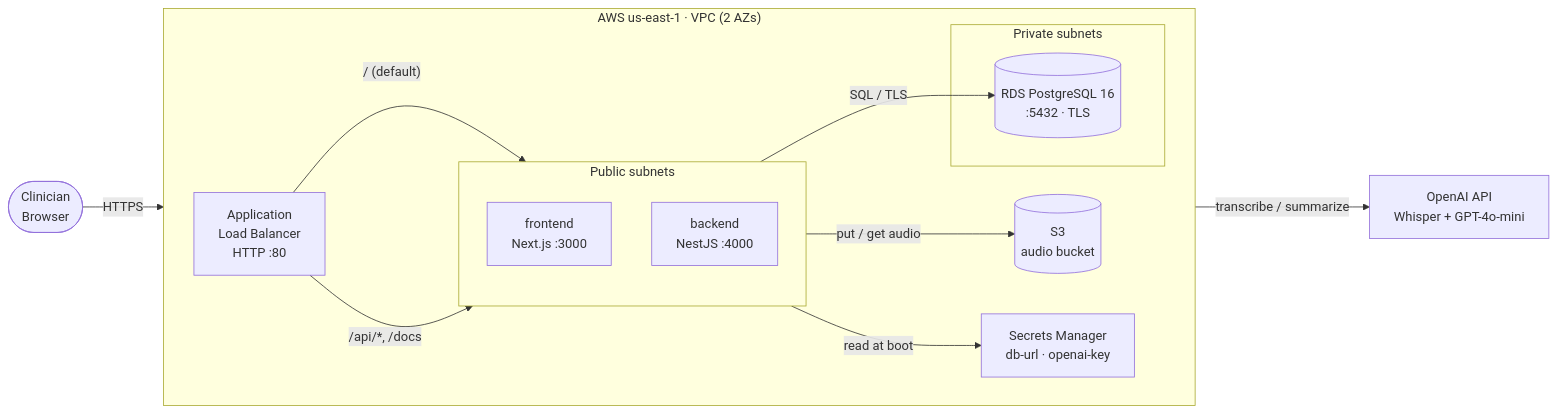
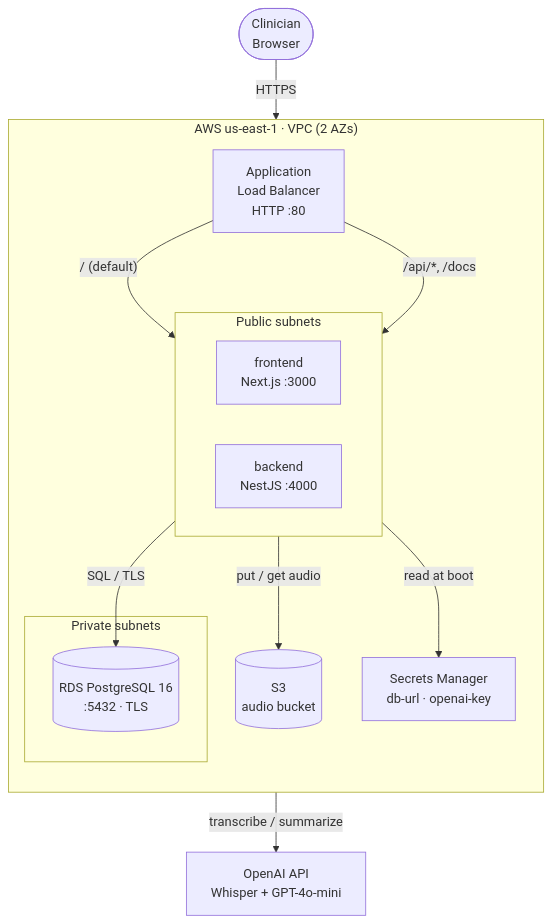
The first of 6 diagrams in docs/architecture.md (EmmanuelPerezP/scrai), drawn with Mermaid before and after one commit. The commit also changed other lines of this file, not shown here.

Commit message:
docs: make architecture charts top-down
Flip the runtime and operations diagrams from LR to top-down
(flowchart TB) per preference; verified clean (no overlapping labels)
by rendering to PNG. Kept Mermaid for native GitHub rendering.

````diff
--- a/docs/architecture.md
+++ b/docs/architecture.md
@@ -28,32 +28,32 @@
 ```mermaid
-flowchart LR
+flowchart TB
     user([Clinician<br/>Browser])
 
     subgraph aws["AWS us-east-1 · VPC (2 AZs)"]
-        direction LR
+        direction TB
         alb["Application<br/>Load Balancer<br/>HTTP :80"]
 
         subgraph public["Public subnets"]
-            direction TB
+            direction LR
             fe["frontend<br/>Next.js :3000"]
             be["backend<br/>NestJS :4000"]
         end
 
         subgraph private["Private subnets"]
             rds[("RDS PostgreSQL 16<br/>:5432 · TLS")]
         end
 
         s3[("S3<br/>audio bucket")]
         secrets["Secrets Manager<br/>db-url · openai-key"]
     end
 
     openai["OpenAI API<br/>Whisper + GPT-4o-mini"]
 
     user -->|HTTPS| alb
     alb -->|"/ (default)"| fe
     alb -->|"/api/*, /docs"| be
     be -->|SQL / TLS| rds
     be -->|put / get audio| s3
     be -->|read at boot| secrets
     be -->|transcribe / summarize| openai
 ```
````
